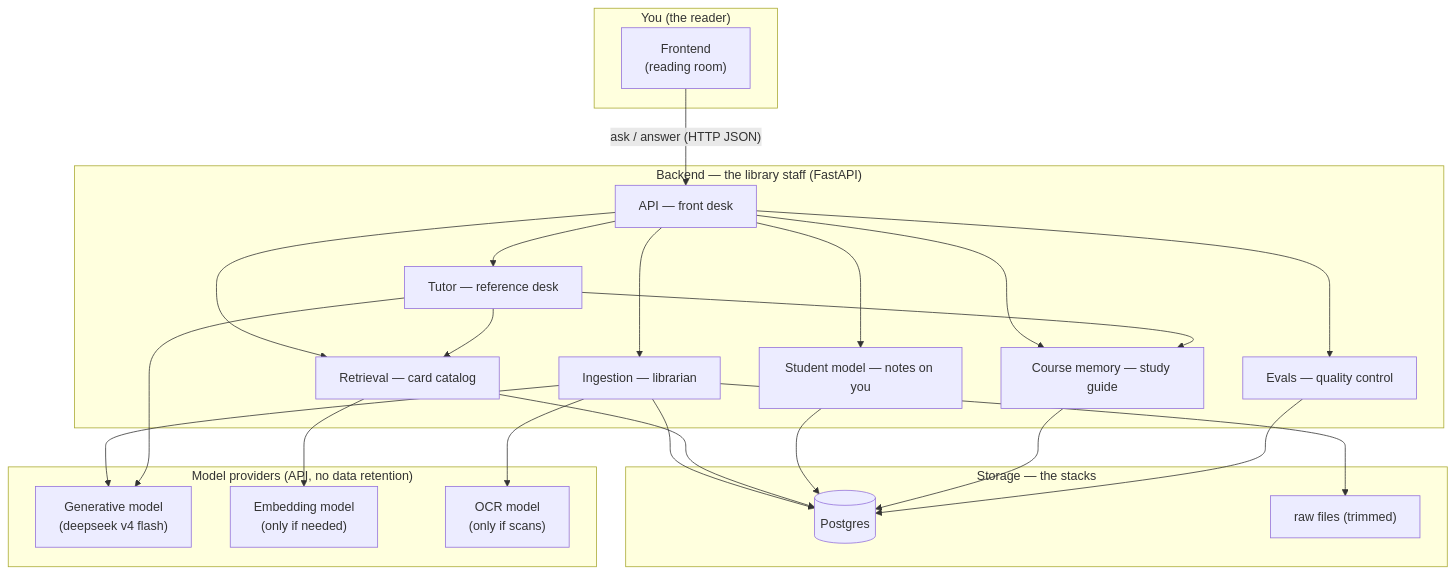
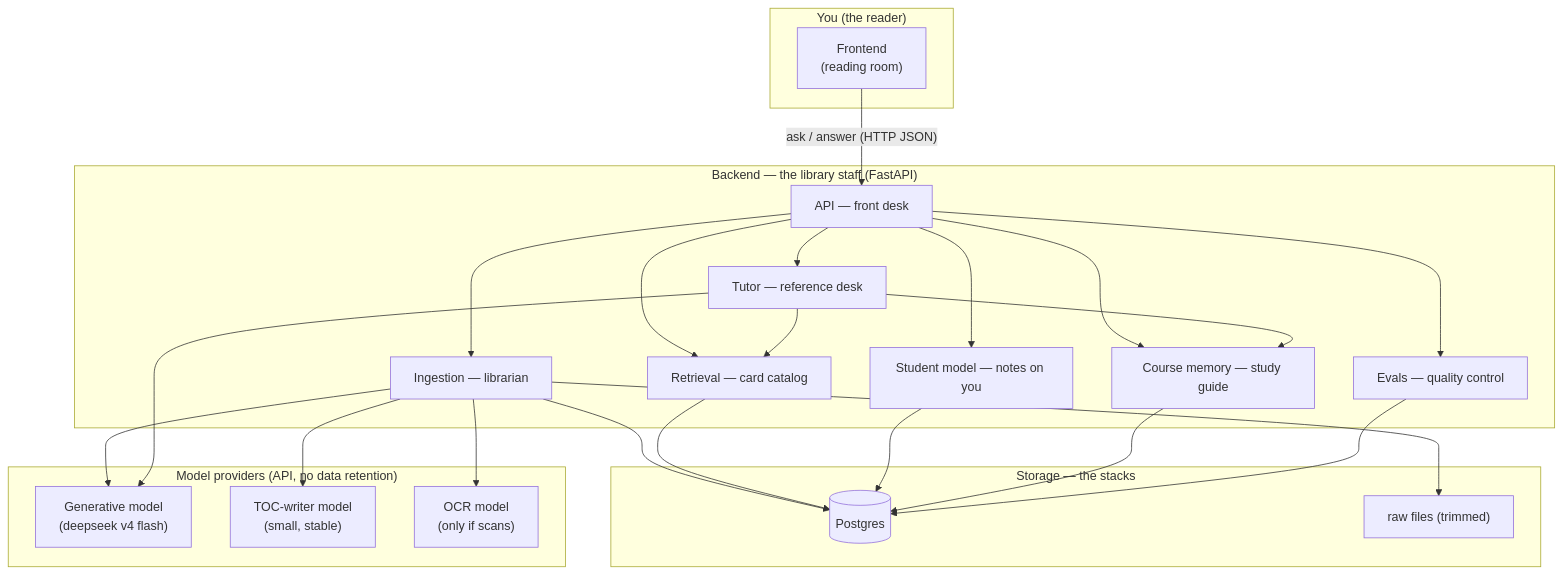
Before and after one commit to RileyK05/Stacks: the first of 19 diagrams in system.md, drawn with Mermaid. The commit also changed other lines of this file and 15 other files, not shown here.

````diff
--- a/system.md
+++ b/system.md
@@ -52,47 +56,47 @@
 ```mermaid
 flowchart TB
     subgraph User["You (the reader)"]
         B["Frontend<br/>(reading room)"]
     end
 
     subgraph Backend["Backend — the library staff (FastAPI)"]
         API["API — front desk"]
         ING["Ingestion — librarian"]
         RET["Retrieval — card catalog"]
         MEM["Course memory — study guide"]
         SM["Student model — notes on you"]
         TUT["Tutor — reference desk"]
         EV["Evals — quality control"]
     end
 
     subgraph Storage["Storage — the stacks"]
         PG[("Postgres")]
         FS["raw files (trimmed)"]
     end
 
     subgraph Models["Model providers (API, no data retention)"]
         GEN["Generative model<br/>(deepseek v4 flash)"]
-        EMB["Embedding model<br/>(only if needed)"]
+        TOCW["TOC-writer model<br/>(small, stable)"]
         OCR["OCR model<br/>(only if scans)"]
     end
 
     B -->|"ask / answer (HTTP JSON)"| API
     API --> ING
     API --> RET
     API --> MEM
     API --> SM
     API --> TUT
     API --> EV
     ING --> PG
     ING --> FS
     ING --> GEN
     ING --> OCR
+    ING --> TOCW
     RET --> PG
-    RET --> EMB
     TUT --> GEN
     TUT --> RET
     TUT --> MEM
     SM --> PG
     MEM --> PG
     EV --> PG
 ```
````
